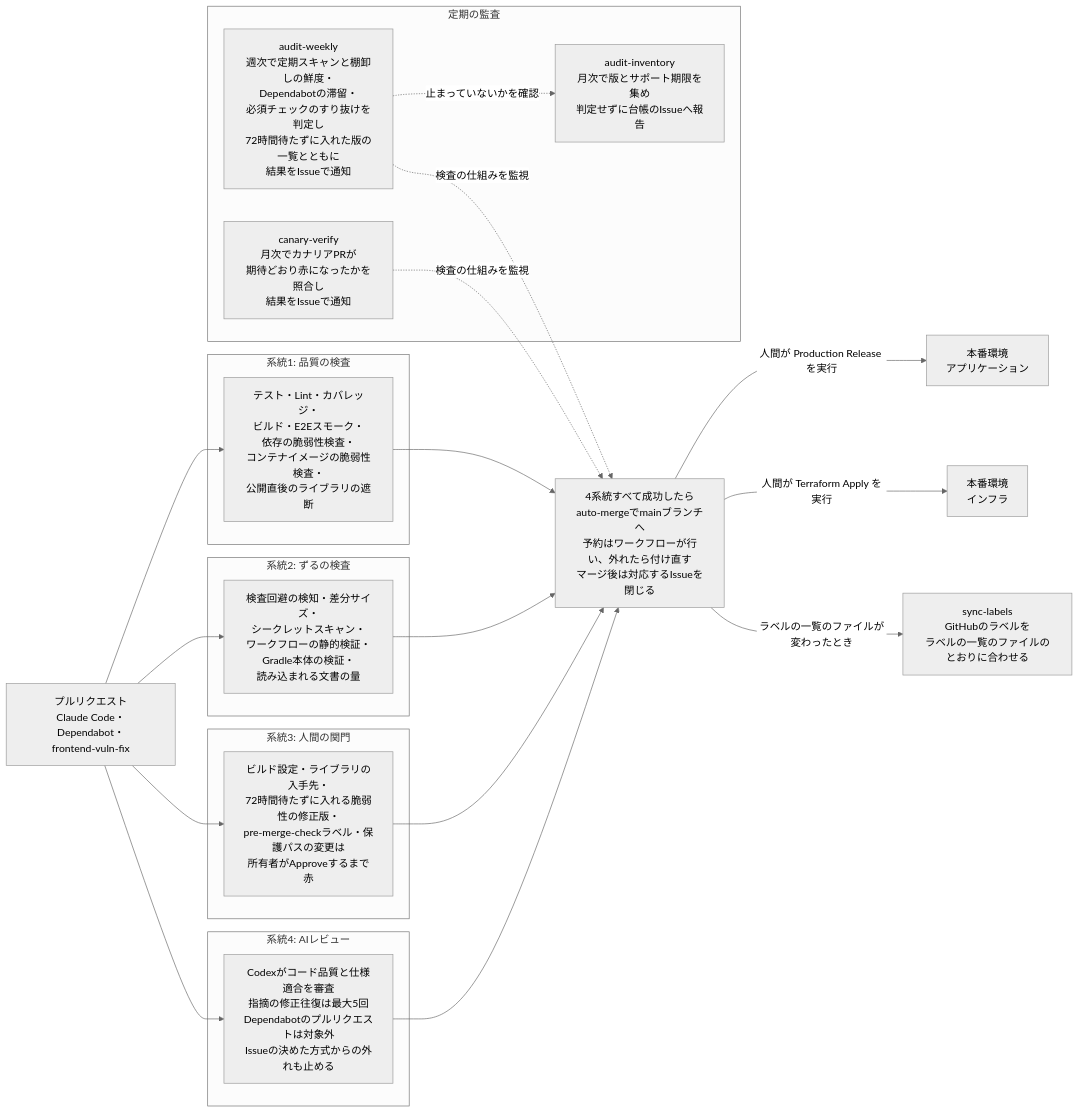
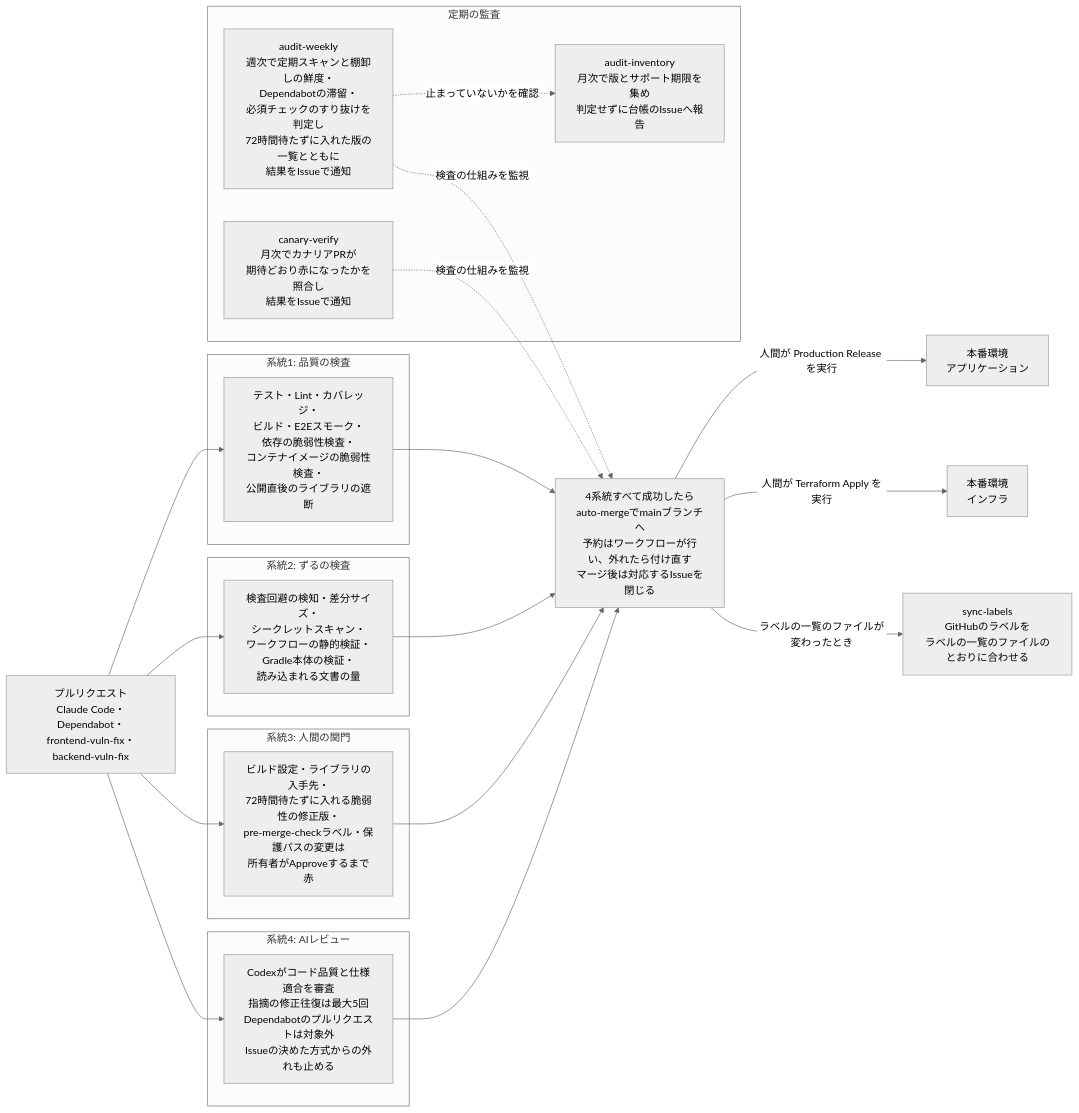
One commit to DogisRiki/KeirekiPro changed the first of 2 diagrams in README.md. Above: the diagram before and after it, drawn with Mermaid (neutral theme). The commit also changed other lines of this file and 6 other files, not shown here.

First line of the commit message:
feat: Dependabot が PR を作らない backend の部品の警告を、毎日の実行で修正版に上げる PR にする

````diff
--- a/README.md
+++ b/README.md
@@ -53,37 +53,37 @@
 ```mermaid
 flowchart LR
-    PR[プルリクエスト<br>Claude Code・Dependabot・<br>frontend-vuln-fix]
+    PR[プルリクエスト<br>Claude Code・Dependabot・<br>frontend-vuln-fix・backend-vuln-fix]
 
     subgraph s1[系統1: 品質の検査]
         Q[テスト・Lint・カバレッジ・<br>ビルド・E2Eスモーク・<br>依存の脆弱性検査・<br>コンテナイメージの脆弱性検査・<br>公開直後のライブラリの遮断]
     end
     subgraph s2[系統2: ずるの検査]
         Z[検査回避の検知・差分サイズ・<br>シークレットスキャン・<br>ワークフローの静的検証・<br>Gradle本体の検証・<br>読み込まれる文書の量]
     end
     subgraph s3[系統3: 人間の関門]
         H[ビルド設定・ライブラリの入手先・<br>72時間待たずに入れる脆弱性の修正版・<br>pre-merge-checkラベル・保護パスの変更は<br>所有者がApproveするまで赤]
     end
     subgraph s4[系統4: AIレビュー]
         A[Codexがコード品質と仕様適合を審査<br>指摘の修正往復は最大5回<br>Dependabotのプルリクエストは対象外<br>Issueの決めた方式からの外れも止める]
     end
 
     PR --> Q
     PR --> Z
     PR --> H
     PR --> A
 
     Q & Z & H & A --> M[4系統すべて成功したら<br>auto-mergeでmainブランチへ<br>予約はワークフローが行い、外れたら付け直す<br>マージ後は対応するIssueを閉じる]
 
     M -->|人間が Production Release を実行| App[本番環境<br>アプリケーション]
     M -->|人間が Terraform Apply を実行| Infra[本番環境<br>インフラ]
     M -->|ラベルの一覧のファイルが変わったとき| Labels[sync-labels<br>GitHubのラベルを<br>ラベルの一覧のファイルのとおりに合わせる]
 
     subgraph s5[定期の監査]
         AW[audit-weekly<br>週次で定期スキャンと棚卸しの鮮度・<br>Dependabotの滞留・<br>必須チェックのすり抜けを判定し<br>72時間待たずに入れた版の一覧とともに<br>結果をIssueで通知]
         CV[canary-verify<br>月次でカナリアPRが<br>期待どおり赤になったかを照合し<br>結果をIssueで通知]
         AI[audit-inventory<br>月次で版とサポート期限を集め<br>判定せずに台帳のIssueへ報告]
     end
 
     AW & CV -.検査の仕組みを監視.-> M
     AW -.止まっていないかを確認.-> AI
 ```
````
